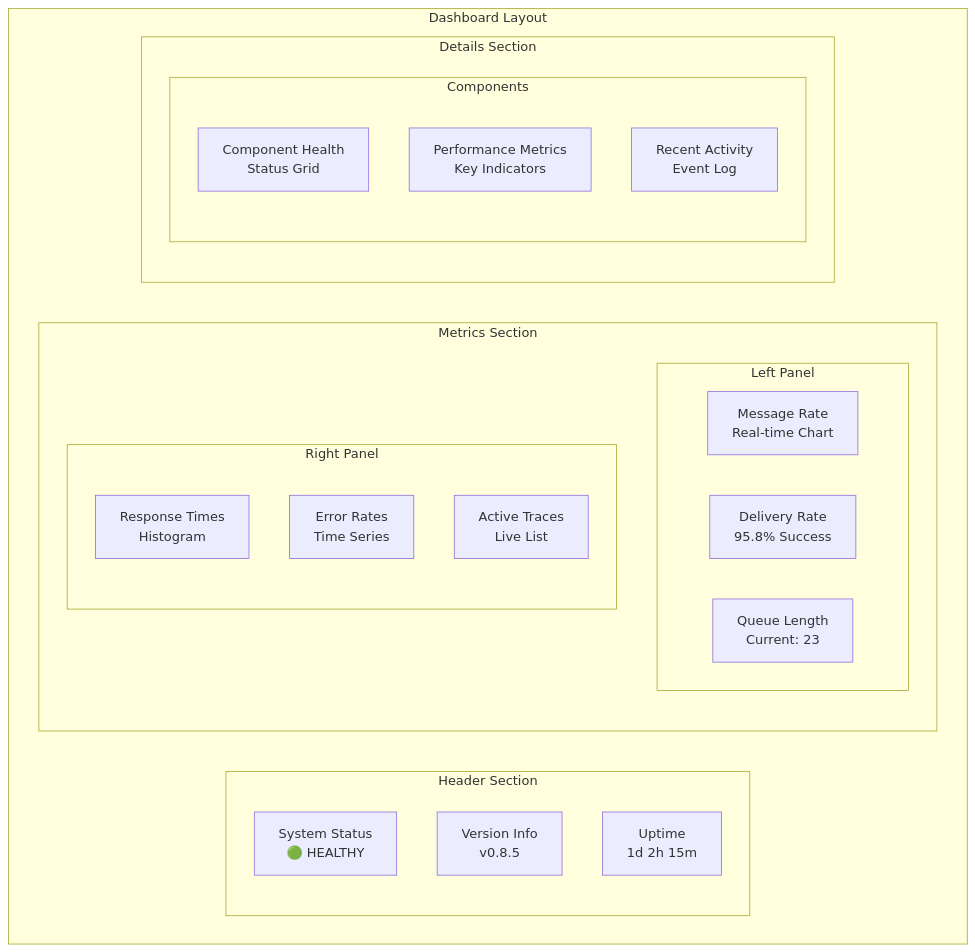
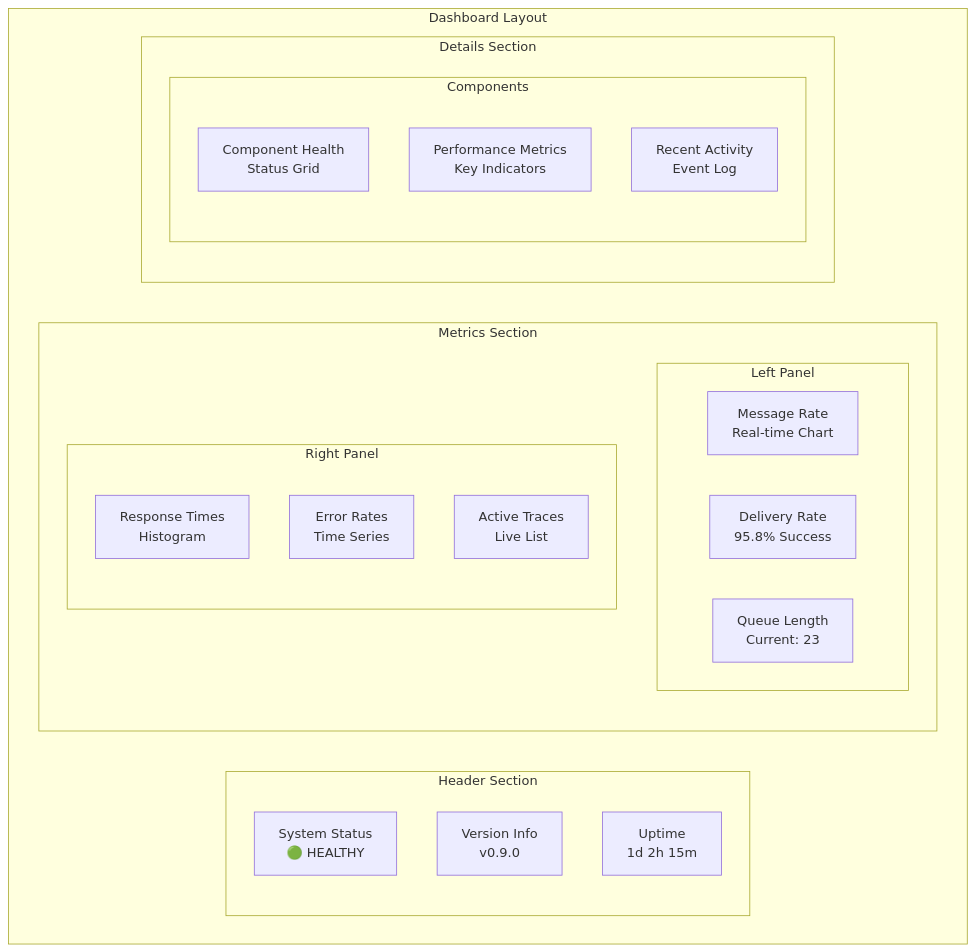
Before and after one commit to co8/cctelegram: the fourth of 10 diagrams in docs/administration/monitoring.md, drawn with Mermaid. The commit also changed other lines of this file and 41 other files, not shown here.

````diff
--- a/docs/administration/monitoring.md
+++ b/docs/administration/monitoring.md
@@ -187,32 +187,32 @@
 ```mermaid
 graph TB
     subgraph "Dashboard Layout"
         subgraph "Header Section"
             ST[System Status<br/>🟢 HEALTHY]
-            VER[Version Info<br/>v0.8.5]
+            VER[Version Info<br/>v0.9.0]
             UP[Uptime<br/>1d 2h 15m]
         end
         
         subgraph "Metrics Section"
             subgraph "Left Panel"
                 MR[Message Rate<br/>Real-time Chart]
                 DR[Delivery Rate<br/>95.8% Success]
                 QL[Queue Length<br/>Current: 23]
             end
             
             subgraph "Right Panel"
                 RT[Response Times<br/>Histogram]
                 ER[Error Rates<br/>Time Series]
                 AL[Active Traces<br/>Live List]
             end
         end
         
         subgraph "Details Section"
             subgraph "Components"
                 CH[Component Health<br/>Status Grid]
                 PM[Performance Metrics<br/>Key Indicators]
                 RC[Recent Activity<br/>Event Log]
             end
         end
     end
 ```
````
